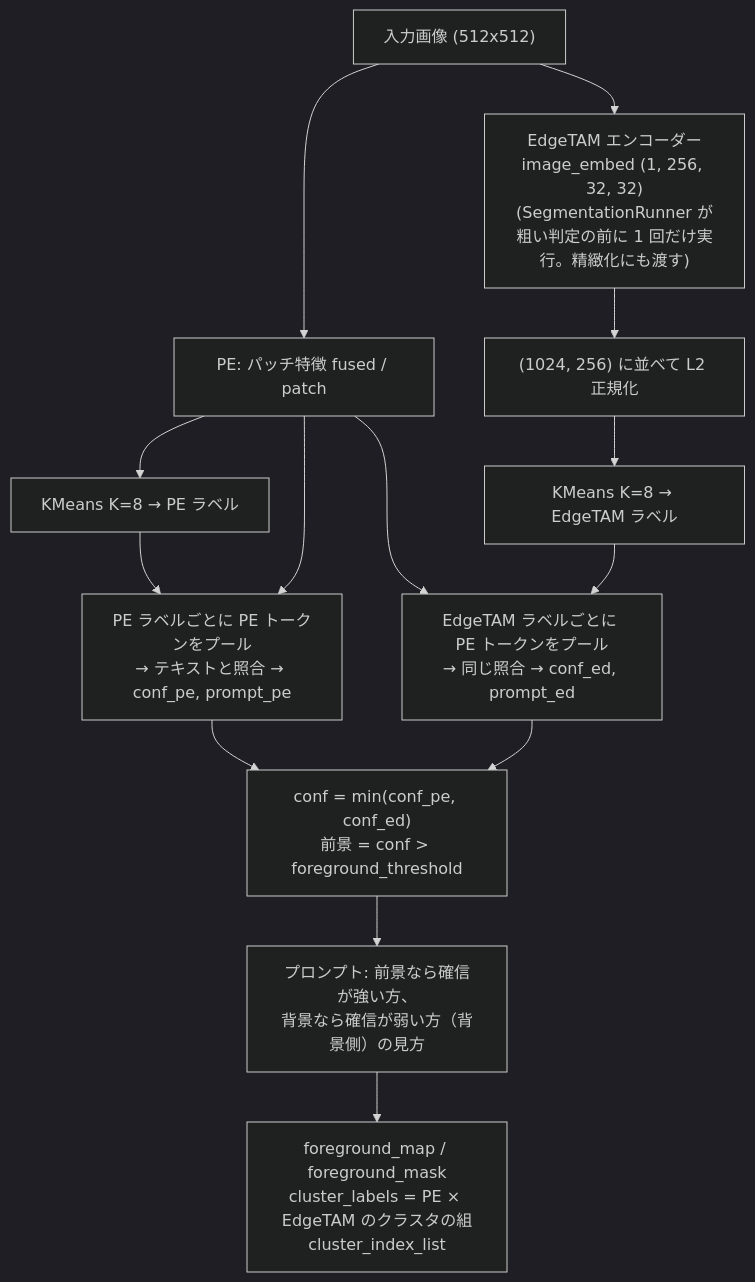
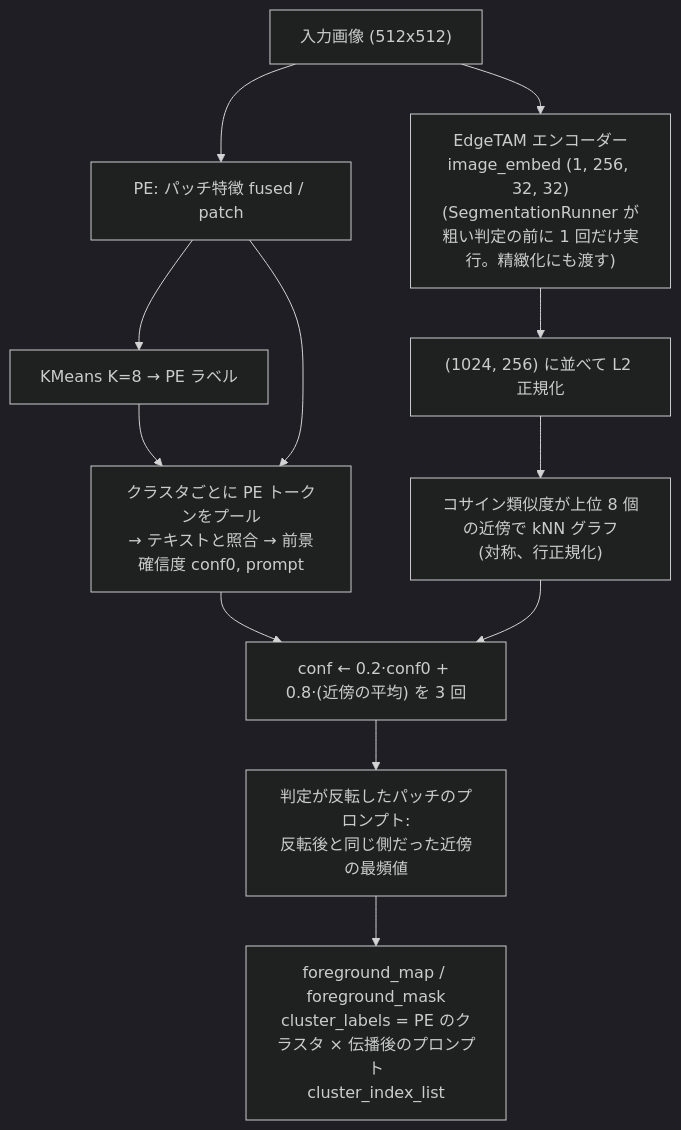
One commit to fklg-64/pe_anything_detect changed the third of 5 diagrams in docs/coarse_segmentation.md. Above: the diagram before and after it, drawn with Mermaid (dark theme). The commit also changed other lines of this file and 11 other files, not shown here.

````diff
--- a/docs/coarse_segmentation.md
+++ b/docs/coarse_segmentation.md
@@ -135,16 +135,14 @@
 ```mermaid
 flowchart TD
     IMG["入力画像 (512x512)"] --> PE["PE: パッチ特徴 fused / patch"]
     IMG --> ET["EdgeTAM エンコーダー<br/>image_embed (1, 256, 32, 32)<br/>(SegmentationRunner が粗い判定の前に 1 回だけ実行。精緻化にも渡す)"]
     PE --> KP["KMeans K=8 → PE ラベル"]
+    KP --> P1["クラスタごとに PE トークンをプール<br/>→ テキストと照合 → 前景確信度 conf0, prompt"]
+    PE --> P1
     ET --> EF["(1024, 256) に並べて L2 正規化"]
-    EF --> KE["KMeans K=8 → EdgeTAM ラベル"]
-    KP --> P1["PE ラベルごとに PE トークンをプール<br/>→ テキストと照合 → conf_pe, prompt_pe"]
-    KE --> P2["EdgeTAM ラベルごとに PE トークンをプール<br/>→ 同じ照合 → conf_ed, prompt_ed"]
-    PE --> P1
-    PE --> P2
-    P1 --> AND["conf = min(conf_pe, conf_ed)<br/>前景 = conf > foreground_threshold"]
-    P2 --> AND
-    AND --> PR["プロンプト: 前景なら確信が強い方、<br/>背景なら確信が弱い方（背景側）の見方"]
-    PR --> OUT["foreground_map / foreground_mask<br/>cluster_labels = PE × EdgeTAM のクラスタの組<br/>cluster_index_list"]
+    EF --> G["コサイン類似度が上位 8 個の近傍で kNN グラフ<br/>(対称、行正規化)"]
+    P1 --> PR["conf ← 0.2·conf0 + 0.8·(近傍の平均) を 3 回"]
+    G --> PR
+    PR --> FL["判定が反転したパッチのプロンプト:<br/>反転後と同じ側だった近傍の最頻値"]
+    FL --> OUT["foreground_map / foreground_mask<br/>cluster_labels = PE のクラスタ × 伝播後のプロンプト<br/>cluster_index_list"]
 ```
````
